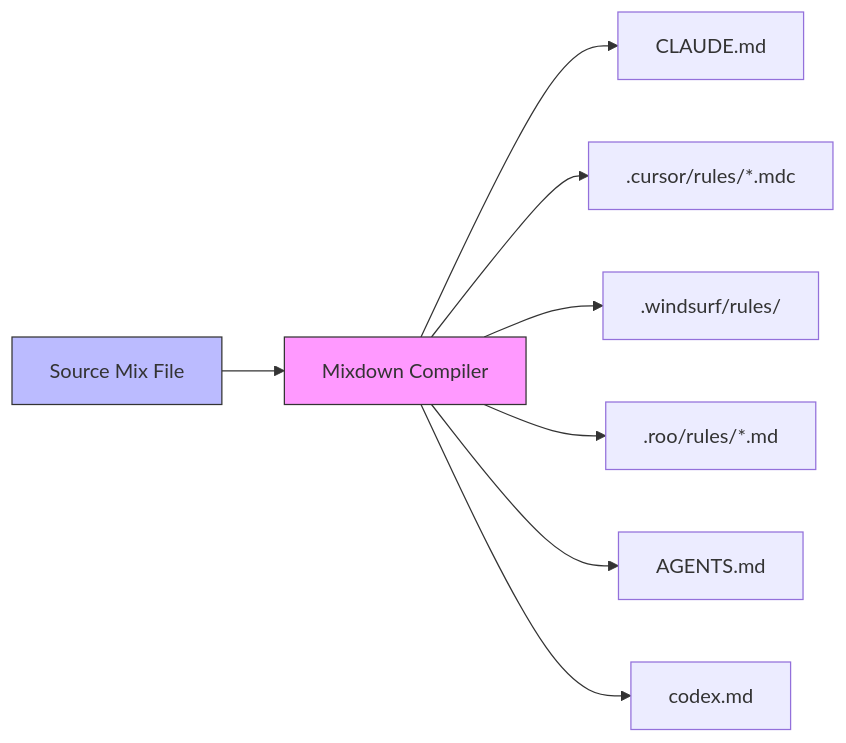
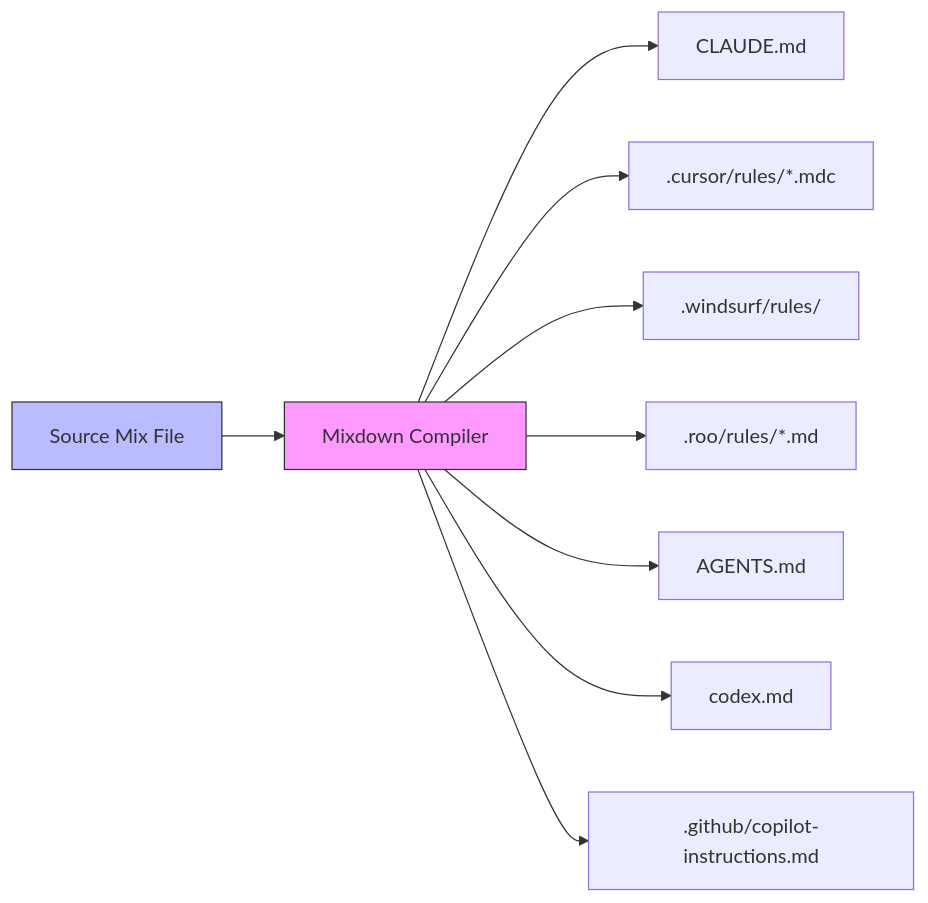
One commit to outfitter-dev/rulesets changed the ninth of 10 diagrams in notes/ai-rules-guide.md. Above: the diagram before and after it, drawn with Mermaid. The commit also changed other lines of this file, not shown here.

````diff
--- a/notes/ai-rules-guide.md
+++ b/notes/ai-rules-guide.md
@@ -556,13 +699,14 @@
 ```mermaid
 flowchart LR
     A[Source Mix File] --> B[Mixdown Compiler]
     B --> C[CLAUDE.md]
     B --> D[.cursor/rules/*.mdc]
     B --> E[.windsurf/rules/]
     B --> F[.roo/rules/*.md]
     B --> G[AGENTS.md]
     B --> H[codex.md]
+    B --> I[.github/copilot-instructions.md]
     
     style A fill:#bbf,stroke:#333
     style B fill:#f9f,stroke:#333
 ```
````
